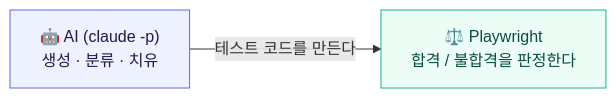
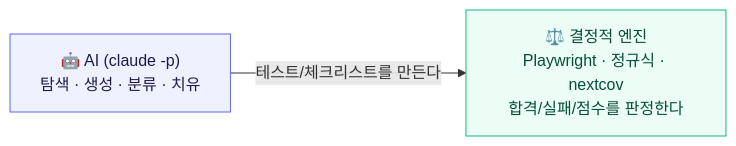
One commit to hun2zz/auto-qa changed the first of 9 diagrams in README.md. Above: the diagram before and after it, drawn with Mermaid. The commit also changed other lines of this file, not shown here.

````diff
--- a/README.md
+++ b/README.md
@@ -10,8 +11,8 @@
 ```mermaid
 flowchart LR
-    AI["🤖 AI (claude -p)<br/>생성 · 분류 · 치유"] -->|테스트 코드를 만든다| PW["⚖️ Playwright<br/>합격 / 불합격을 판정한다"]
+    AI["🤖 AI (claude -p)<br/>탐색 · 생성 · 분류 · 치유"] -->|"테스트/체크리스트를 만든다"| DET["⚖️ 결정적 엔진<br/>Playwright · 정규식 · nextcov<br/>합격/실패/점수를 판정한다"]
     classDef ai fill:#eef2ff,stroke:#6366f1,color:#1e1b4b
-    classDef pw fill:#ecfdf5,stroke:#10b981,color:#064e3b
+    classDef det fill:#ecfdf5,stroke:#10b981,color:#064e3b
     class AI ai
-    class PW pw
+    class DET det
 ```
````
